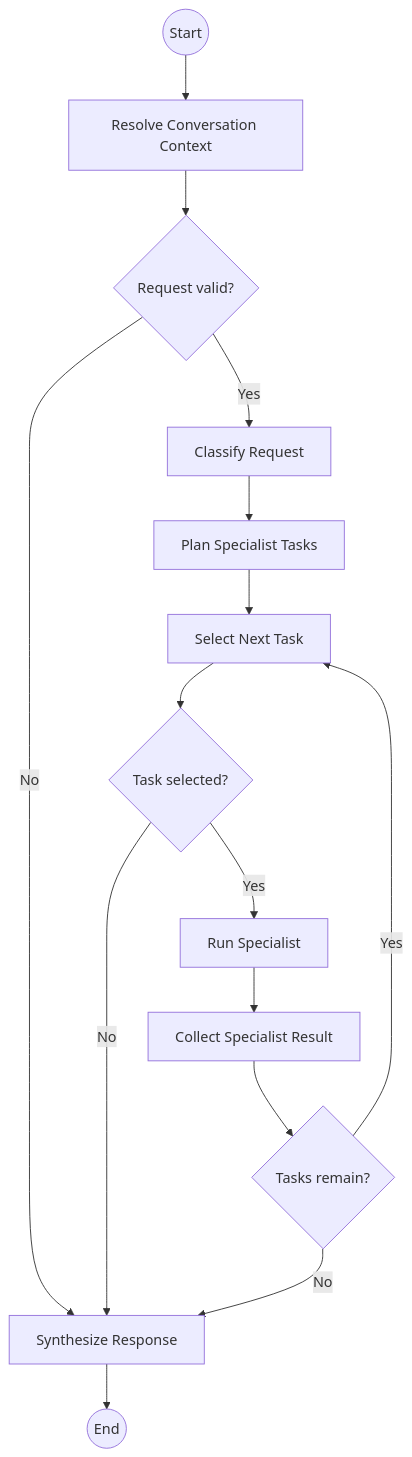
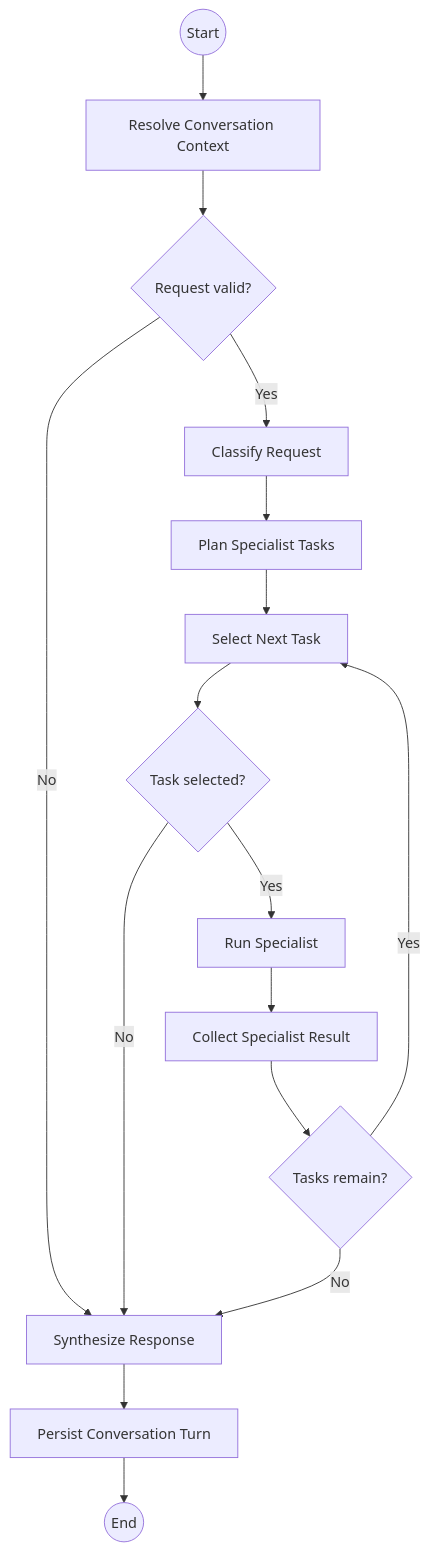
The third of 4 diagrams in docs/PROJECT_DOCUMENTATION.md (chamanthmvs/AstroWeave), drawn with Mermaid before and after one commit. The commit also changed other lines of this file and 20 other files, not shown here.

````diff
--- a/docs/PROJECT_DOCUMENTATION.md
+++ b/docs/PROJECT_DOCUMENTATION.md
@@ -238,17 +260,18 @@
 ```mermaid
 flowchart TD
     START((Start)) --> RCC[Resolve Conversation Context]
     RCC --> V{Request valid?}
     V -->|No| SR[Synthesize Response]
     V -->|Yes| CR[Classify Request]
     CR --> PST[Plan Specialist Tasks]
     PST --> SNT[Select Next Task]
     SNT --> R{Task selected?}
     R -->|No| SR
     R -->|Yes| RS[Run Specialist]
     RS --> CSR[Collect Specialist Result]
     CSR --> M{Tasks remain?}
     M -->|Yes| SNT
     M -->|No| SR
-    SR --> END((End))
+    SR --> PCT[Persist Conversation Turn]
+    PCT --> END((End))
 ```
````
